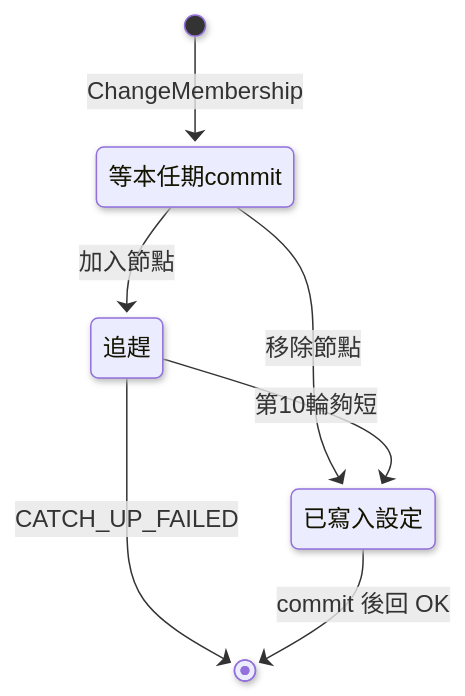
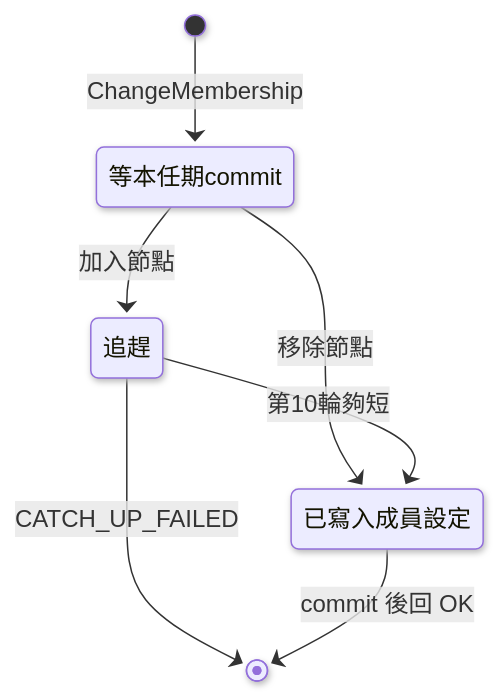
Before and after one commit to JiaChangGit/raft_kv_store: the fourth of 4 diagrams in docs/ARCHITECTURE.md, drawn with Mermaid. The commit also changed other lines of this file and 10 other files, not shown here.

````diff
--- a/docs/ARCHITECTURE.md
+++ b/docs/ARCHITECTURE.md
@@ -119,13 +119,13 @@
 ```mermaid
 ---
 config:
   look: neo
 ---
 stateDiagram-v2
     [*] --> 等本任期commit: ChangeMembership
     等本任期commit --> 追趕: 加入節點
-    等本任期commit --> 已寫入設定: 移除節點
-    追趕 --> 已寫入設定: 第10輪夠短
+    等本任期commit --> 已寫入成員設定: 移除節點
+    追趕 --> 已寫入成員設定: 第10輪夠短
     追趕 --> [*]: CATCH_UP_FAILED
-    已寫入設定 --> [*]: commit 後回 OK
+    已寫入成員設定 --> [*]: commit 後回 OK
 ```
````
